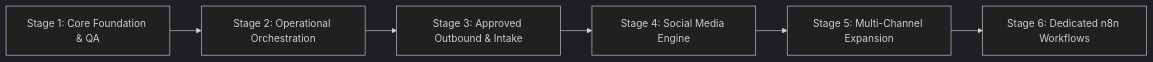
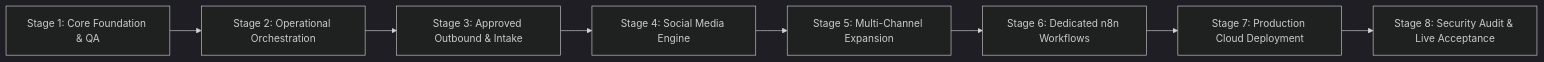
The diagram in docs/ANTIGRAVITY_IMPLEMENTATION_PLAN.md (Nior122/AI-website-Agent), drawn with Mermaid (dark theme) before and after one commit. The commit also changed other lines of this file and 5 other files, not shown here.

Commit message:
chore(stage-8): complete security audit, credential rotation, and operational readiness verification

````diff
--- a/docs/ANTIGRAVITY_IMPLEMENTATION_PLAN.md
+++ b/docs/ANTIGRAVITY_IMPLEMENTATION_PLAN.md
@@ -9,8 +9,10 @@
 ```mermaid
 graph LR
     S1[Stage 1: Core Foundation & QA] --> S2[Stage 2: Operational Orchestration]
     S2 --> S3[Stage 3: Approved Outbound & Intake]
     S3 --> S4[Stage 4: Social Media Engine]
     S4 --> S5[Stage 5: Multi-Channel Expansion]
     S5 --> S6[Stage 6: Dedicated n8n Workflows]
+    S6 --> S7[Stage 7: Production Cloud Deployment]
+    S7 --> S8[Stage 8: Security Audit & Live Acceptance]
 ```
````
